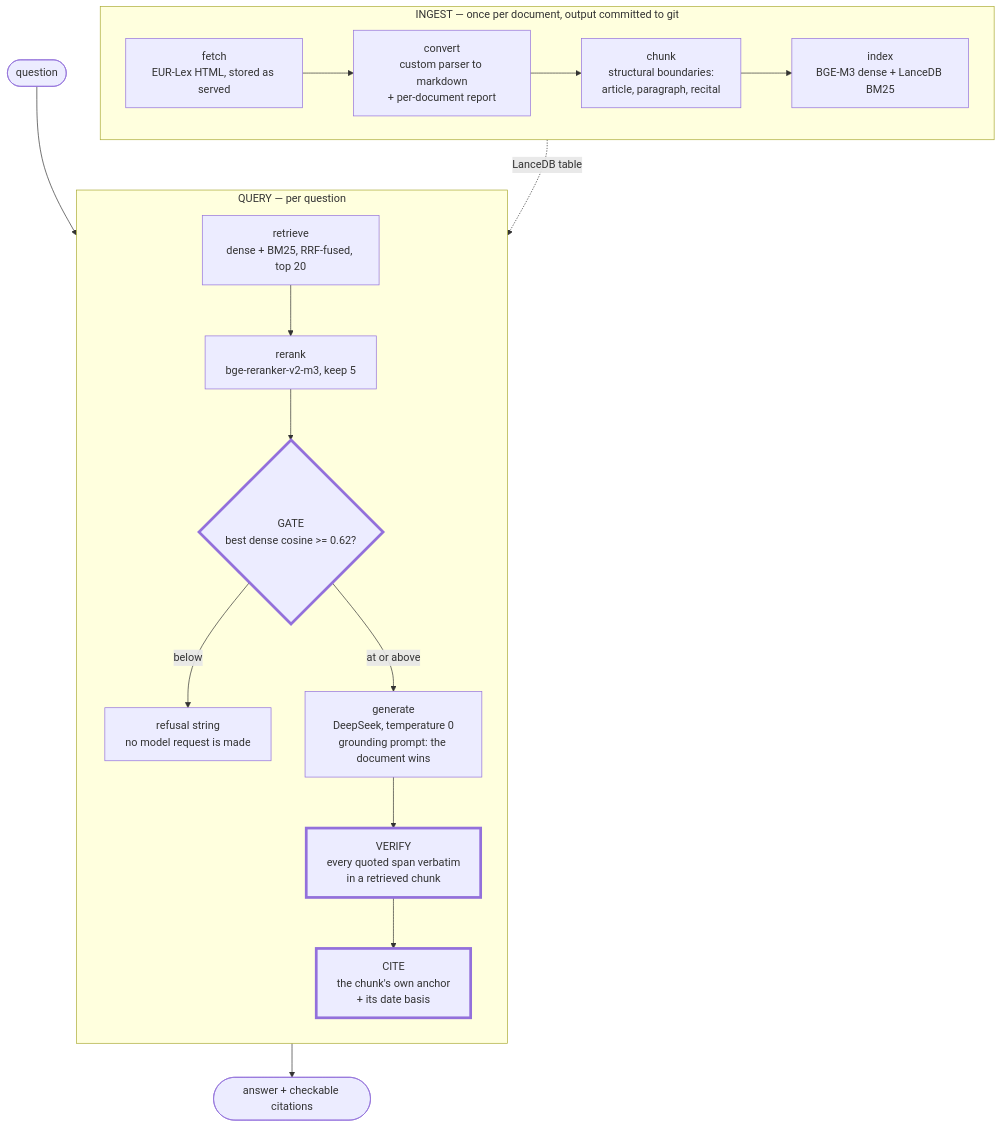
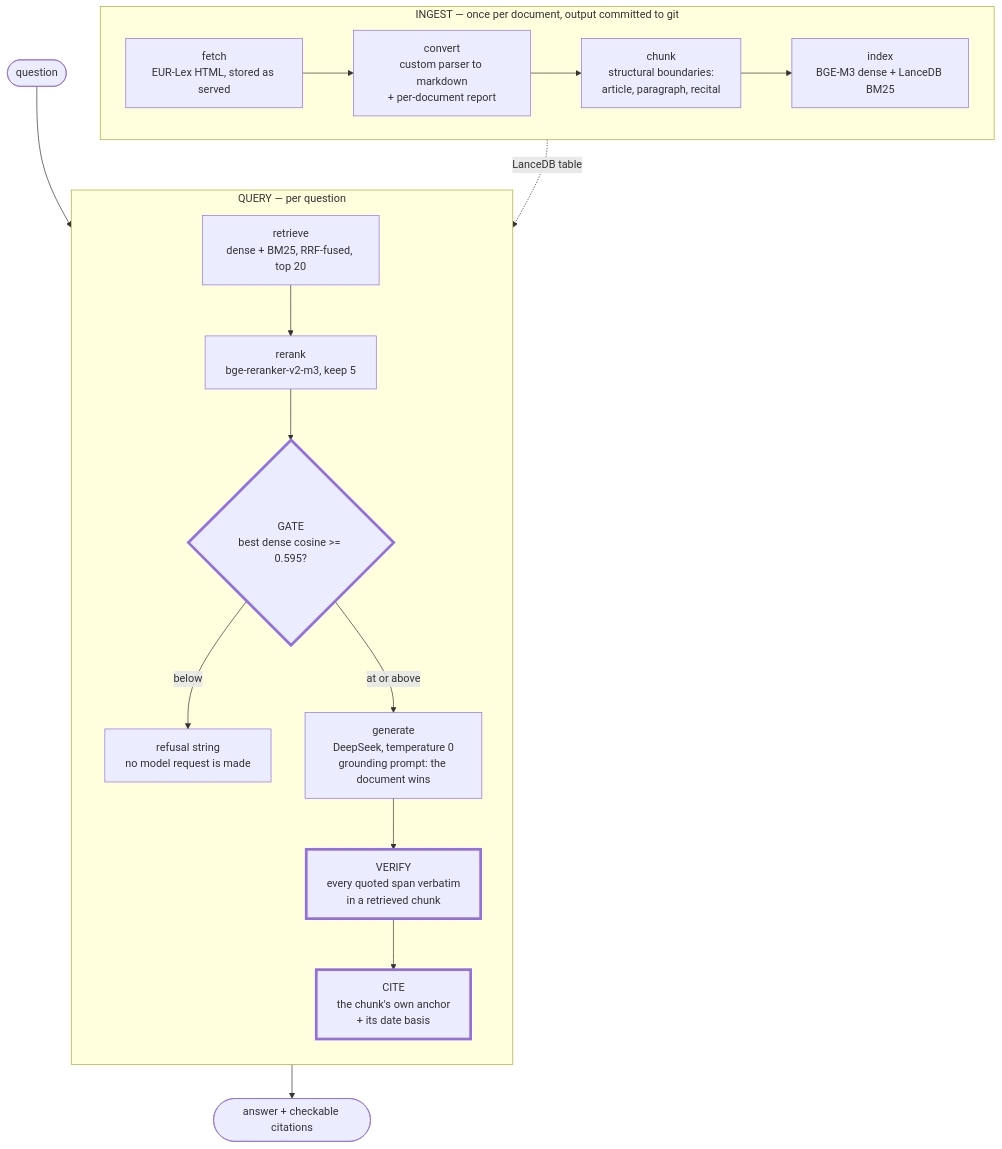
The diagram in README.md (amdwave/grc-rag), drawn with Mermaid before and after one commit. The commit also changed other lines of this file and 16 other files, not shown here.

````diff
--- a/README.md
+++ b/README.md
@@ -27,33 +29,33 @@
 ```mermaid
 flowchart TD
     subgraph ingest["INGEST — once per document, output committed to git"]
         direction LR
         F["fetch<br/>EUR-Lex HTML, stored as served"]
         C["convert<br/>custom parser to markdown<br/>+ per-document report"]
         K["chunk<br/>structural boundaries:<br/>article, paragraph, recital"]
         X["index<br/>BGE-M3 dense + LanceDB BM25"]
         F --> C --> K --> X
     end
 
     Q(["question"]) --> R
 
     subgraph query["QUERY — per question"]
         direction TB
         R["retrieve<br/>dense + BM25, RRF-fused, top 20"]
         RR["rerank<br/>bge-reranker-v2-m3, keep 5"]
-        G{"GATE<br/>best dense cosine >= 0.62?"}
+        G{"GATE<br/>best dense cosine >= 0.595?"}
         REF["refusal string<br/>no model request is made"]
         GEN["generate<br/>DeepSeek, temperature 0<br/>grounding prompt: the document wins"]
         V["VERIFY<br/>every quoted span verbatim<br/>in a retrieved chunk"]
         CI["CITE<br/>the chunk's own anchor<br/>+ its date basis"]
         R --> RR --> G
         G -- "below" --> REF
         G -- "at or above" --> GEN --> V --> CI
     end
 
     X -. "LanceDB table" .-> R
     CI --> A(["answer + checkable citations"])
 
     classDef guard stroke-width:4px
     class G,V,CI guard
 ```
````
